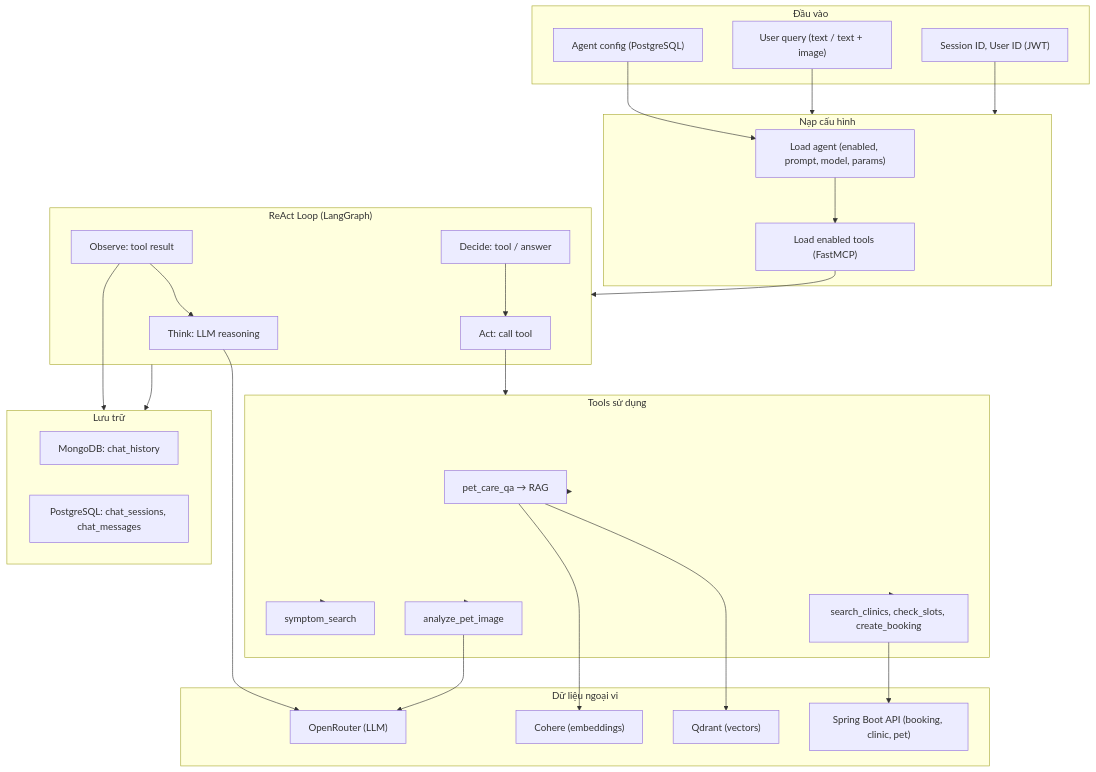
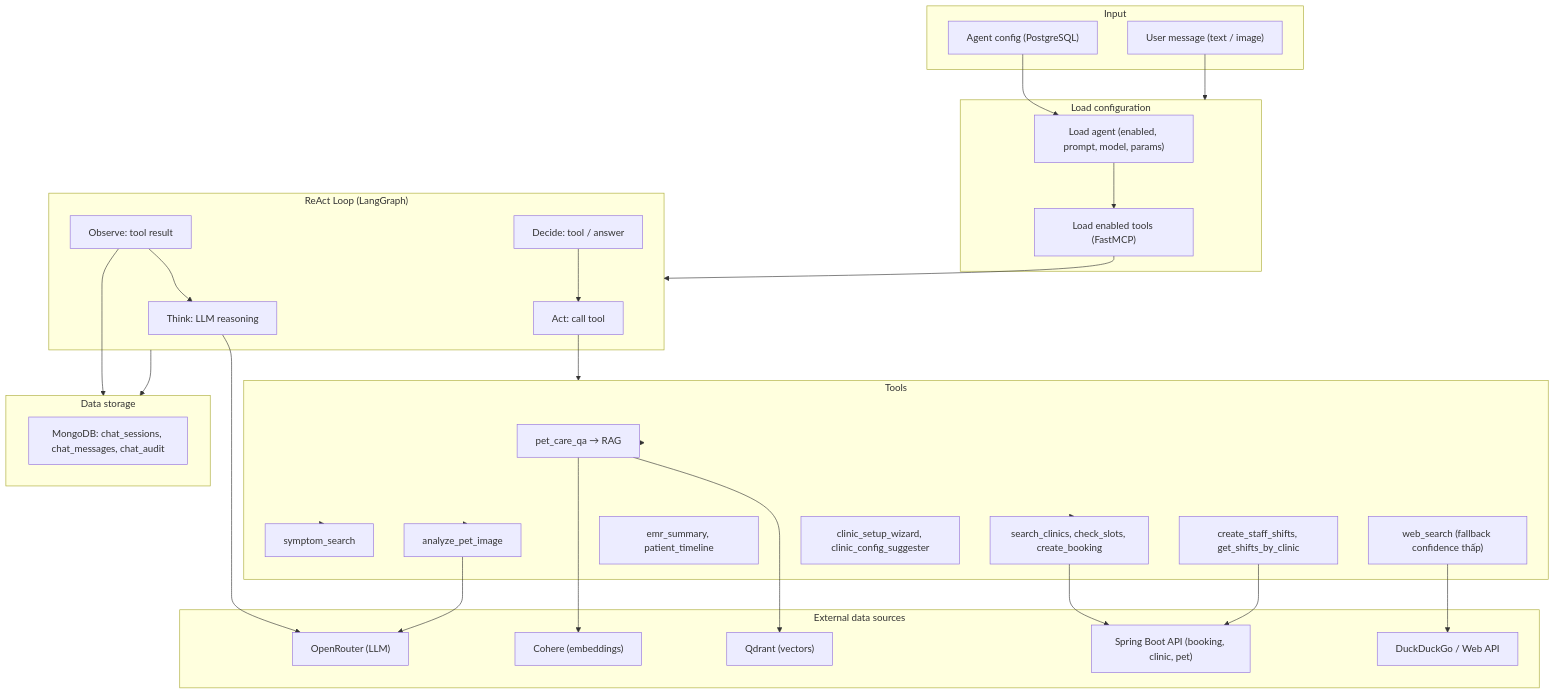
Before and after one commit to espresso23/Petties-Veterinary-Appointment-Booking-Platform: the first of 8 diagrams in docs-references/documentation/AI_SERVICE_TECHNICAL_SPECIFICATION.md, drawn with Mermaid. The commit also changed other lines of this file and 65 other files, not shown here.

Commit message:
update: UI for staff shift

````diff
--- a/docs-references/documentation/AI_SERVICE_TECHNICAL_SPECIFICATION.md
+++ b/docs-references/documentation/AI_SERVICE_TECHNICAL_SPECIFICATION.md
@@ -102,60 +107,64 @@
 ```mermaid
 flowchart TB
-    subgraph Input["Đầu vào"]
-        UserQuery["User query (text / text + image)"]
-        SessionContext["Session ID, User ID (JWT)"]
+    subgraph Input["Input"]
+        UserMessage["User message (text / image)"]
         AgentConfig["Agent config (PostgreSQL)"]
     end
 
-    subgraph LoadConfig["Nạp cấu hình"]
+    subgraph LoadConfig["Load configuration"]
         LoadAgent["Load agent (enabled, prompt, model, params)"]
         LoadTools["Load enabled tools (FastMCP)"]
     end
 
     subgraph ReActLoop["ReAct Loop (LangGraph)"]
         Think["Think: LLM reasoning"]
         Decide["Decide: tool / answer"]
         Act["Act: call tool"]
         Observe["Observe: tool result"]
     end
 
-    subgraph Tools["Tools sử dụng"]
+    subgraph Tools["Tools"]
         RAG["pet_care_qa → RAG"]
         Symptom["symptom_search"]
         Clinic["search_clinics, check_slots, create_booking"]
         Vision["analyze_pet_image"]
+        EmrTools["emr_summary, patient_timeline"]
+        StaffShiftTools["create_staff_shifts, get_shifts_by_clinic"]
+        ClinicSetup["clinic_setup_wizard, clinic_config_suggester"]
+        WebSearch["web_search (fallback confidence thấp)"]
     end
 
-    subgraph External["Dữ liệu ngoại vi"]
+    subgraph External["External data sources"]
         OpenRouter["OpenRouter (LLM)"]
         Cohere["Cohere (embeddings)"]
         Qdrant["Qdrant (vectors)"]
         SpringBoot["Spring Boot API (booking, clinic, pet)"]
+        DuckDuckGo["DuckDuckGo / Web API"]
     end
 
-    subgraph Persist["Lưu trữ"]
-        MongoChat["MongoDB: chat_history"]
-        PGChat["PostgreSQL: chat_sessions, chat_messages"]
+    subgraph Storage["Data storage"]
+        MongoChat["MongoDB: chat_sessions, chat_messages, chat_audit"]
     end
 
-    UserQuery --> LoadConfig
-    SessionContext --> LoadConfig
+    UserMessage --> LoadConfig
     AgentConfig --> LoadAgent
     LoadAgent --> LoadTools
     LoadTools --> ReActLoop
 
     Think --> OpenRouter
     Decide --> Act
     Act --> Tools
     Tools --> RAG
     Tools --> Symptom
     Tools --> Clinic
     Tools --> Vision
     RAG --> Cohere
     RAG --> Qdrant
     Clinic --> SpringBoot
+    StaffShiftTools --> SpringBoot
     Vision --> OpenRouter
+    WebSearch --> DuckDuckGo
     Observe --> Think
-    Observe --> Persist
-    ReActLoop --> Persist
+    Observe --> Storage
+    ReActLoop --> Storage
 ```
````
